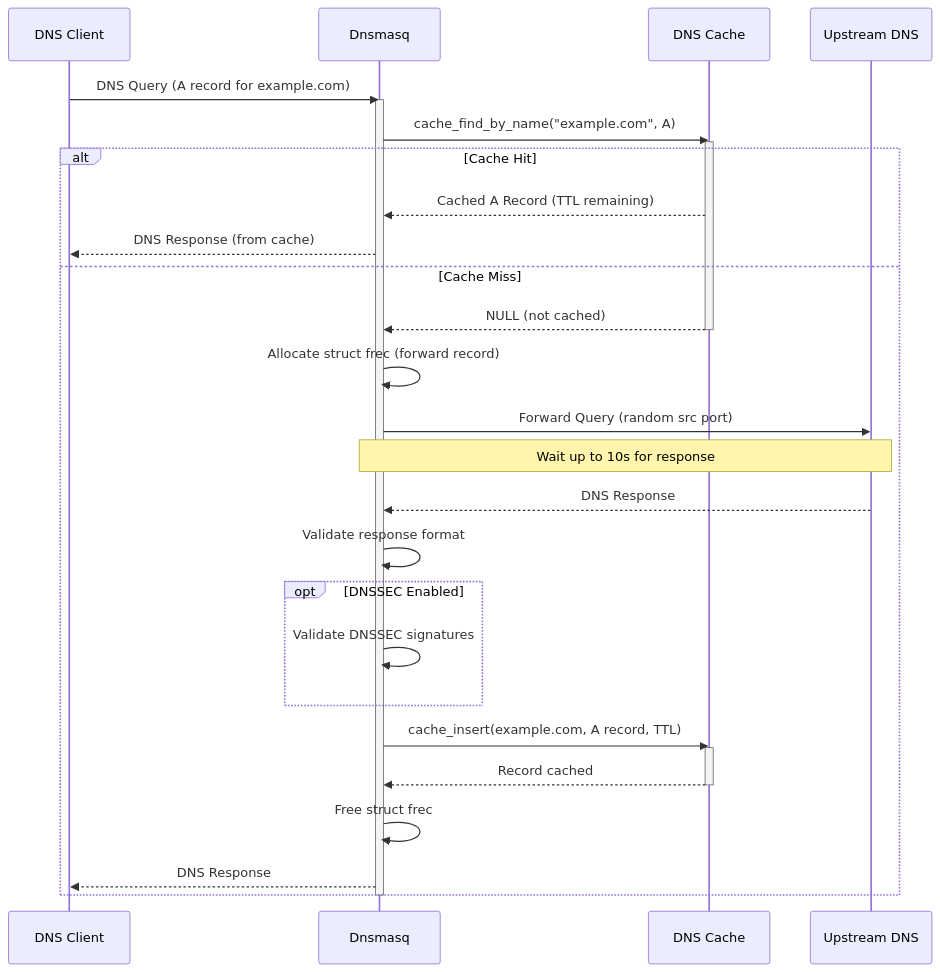
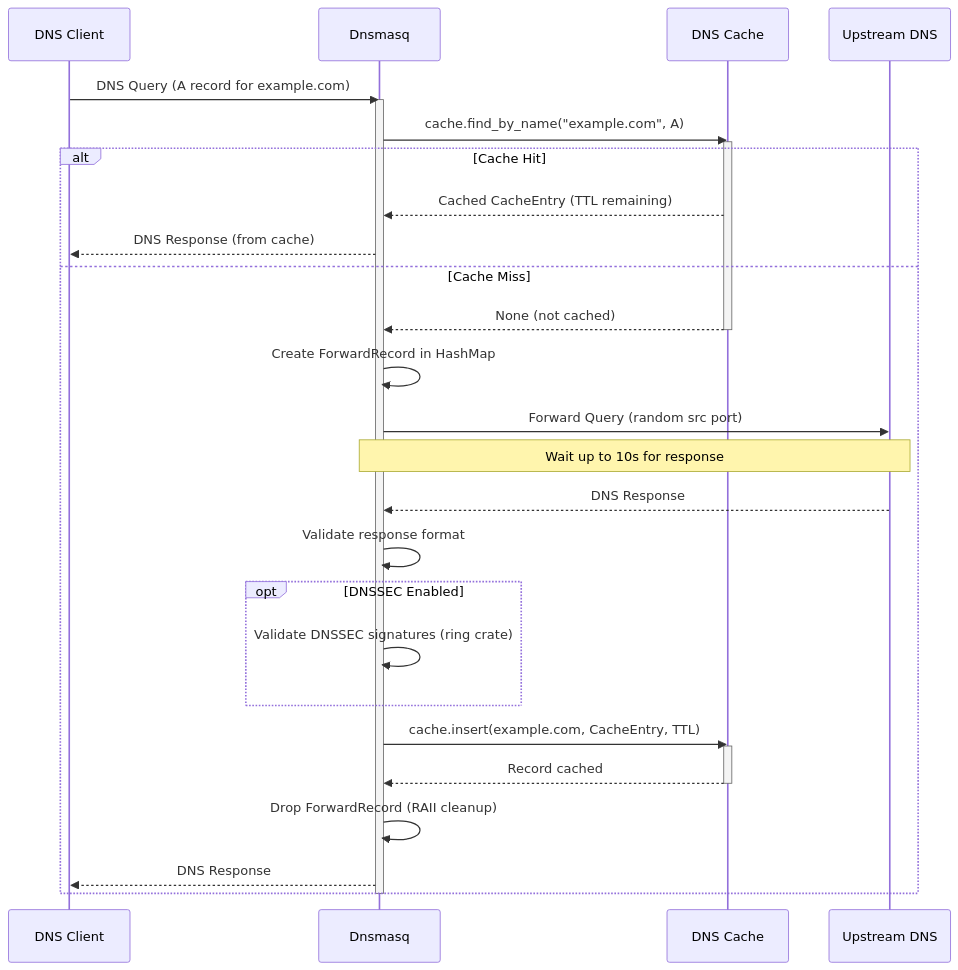
Before and after one commit to blitzy-public-samples/blitzy-dnsmasq: the third of 5 diagrams in docs/ARCHITECTURE.md, drawn with Mermaid. The commit also changed other lines of this file, not shown here.

First line of the commit message:
docs: rewrite ARCHITECTURE.md for Rust implementation

````diff
--- a/docs/ARCHITECTURE.md
+++ b/docs/ARCHITECTURE.md
@@ -577,44 +582,44 @@
 ```mermaid
 sequenceDiagram
     participant Client as DNS Client
     participant Daemon as Dnsmasq
     participant Cache as DNS Cache
     participant Upstream as Upstream DNS
     
     Client->>Daemon: DNS Query (A record for example.com)
     activate Daemon
     
-    Daemon->>Cache: cache_find_by_name("example.com", A)
+    Daemon->>Cache: cache.find_by_name("example.com", A)
     activate Cache
     
     alt Cache Hit
-        Cache-->>Daemon: Cached A Record (TTL remaining)
+        Cache-->>Daemon: Cached CacheEntry (TTL remaining)
         Daemon-->>Client: DNS Response (from cache)
     else Cache Miss
-        Cache-->>Daemon: NULL (not cached)
+        Cache-->>Daemon: None (not cached)
         deactivate Cache
         
-        Daemon->>Daemon: Allocate struct frec (forward record)
+        Daemon->>Daemon: Create ForwardRecord in HashMap
         Daemon->>Upstream: Forward Query (random src port)
         
         Note over Daemon,Upstream: Wait up to 10s for response
         
         Upstream-->>Daemon: DNS Response
         
         Daemon->>Daemon: Validate response format
         
         opt DNSSEC Enabled
-            Daemon->>Daemon: Validate DNSSEC signatures
+            Daemon->>Daemon: Validate DNSSEC signatures (ring crate)
         end
         
-        Daemon->>Cache: cache_insert(example.com, A record, TTL)
+        Daemon->>Cache: cache.insert(example.com, CacheEntry, TTL)
         activate Cache
         Cache-->>Daemon: Record cached
         deactivate Cache
         
-        Daemon->>Daemon: Free struct frec
+        Daemon->>Daemon: Drop ForwardRecord (RAII cleanup)
         Daemon-->>Client: DNS Response
     end
     
     deactivate Daemon
 ```
````
